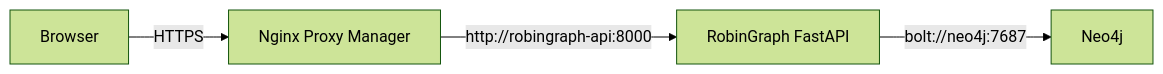
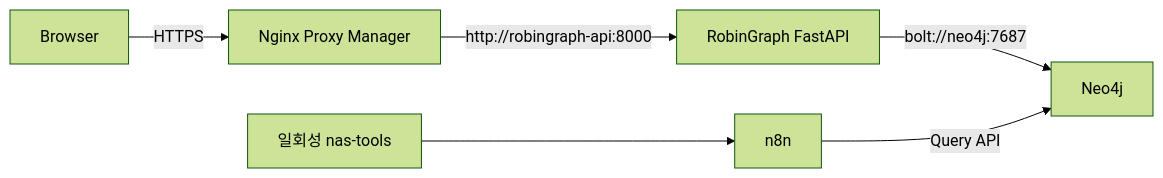
One commit to EvoDmiK/RobinGraph changed the diagram in docs/nas-deployment.md. Above: the diagram before and after it, drawn with Mermaid (forest theme). The commit also changed other lines of this file and 12 other files, not shown here.

````diff
--- a/docs/nas-deployment.md
+++ b/docs/nas-deployment.md
@@ -7,6 +7,8 @@
 ```mermaid
 flowchart LR
   U[Browser] -->|HTTPS| NPM[Nginx Proxy Manager]
   NPM -->|http://robingraph-api:8000| API[RobinGraph FastAPI]
   API -->|bolt://neo4j:7687| NEO[Neo4j]
+  TOOL[일회성 nas-tools] --> N8N[n8n]
+  N8N -->|Query API| NEO
 ```
````
